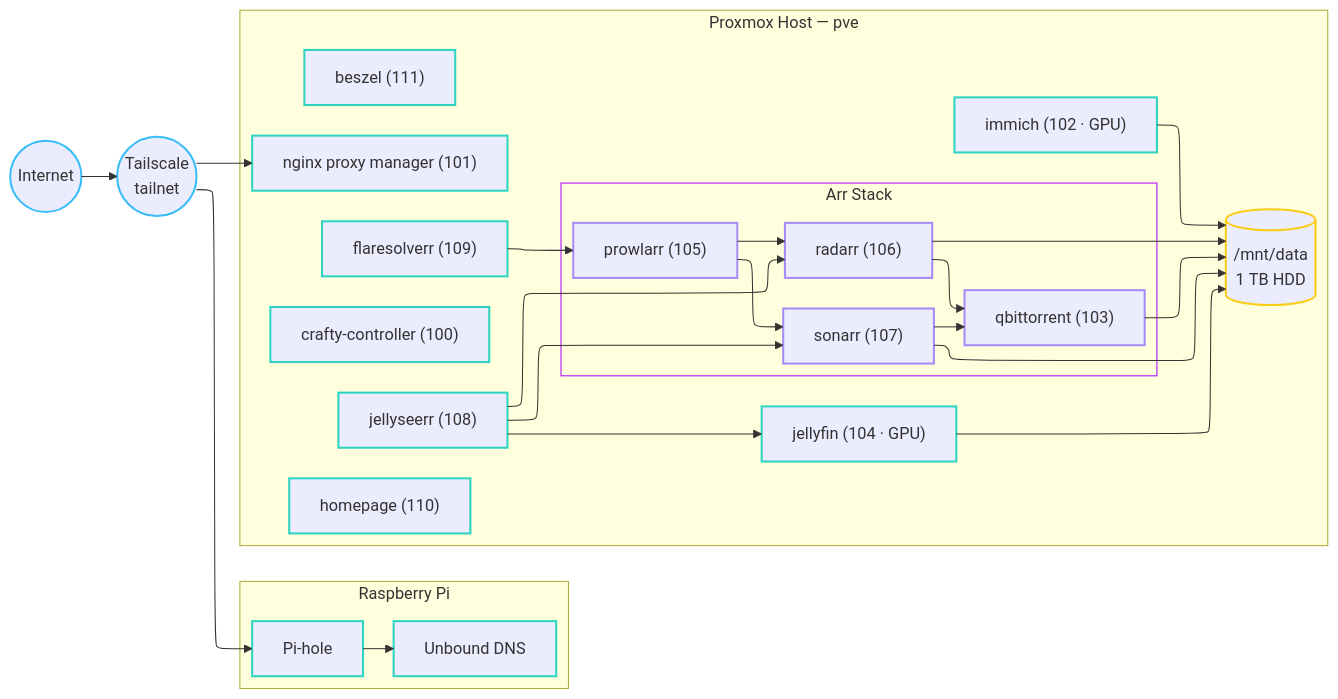
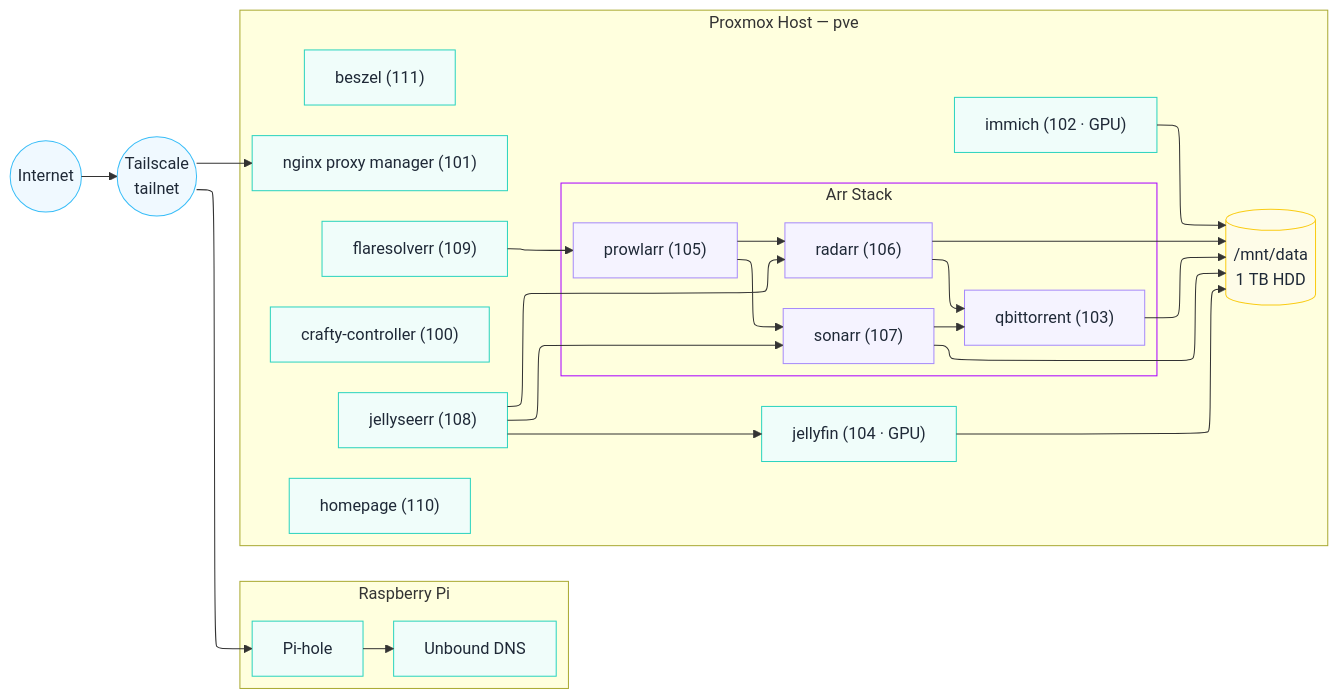
Before and after one commit to EthanFavis/Ethanet: the diagram in diagrams/network.mmd, drawn with Mermaid. The commit also changed 1 other file, not shown here.

```diff
--- a/diagrams/network.mmd
+++ b/diagrams/network.mmd
@@ -1,62 +1,62 @@
 ---
 config:
   layout: elk
 ---
 flowchart LR
  subgraph Pi["Raspberry Pi"]
         Pihole["Pi‑hole"]
         Unbound["Unbound DNS"]
   end
  subgraph ARR["Arr Stack"]
         Prowlarr["prowlarr (105)"]
         Radarr["radarr (106)"]
         Sonarr["sonarr (107)"]
         QB["qbittorrent (103)"]
   end
  subgraph PVE["Proxmox Host — pve"]
         Homepage["homepage (110)"]
         NPM["nginx proxy manager (101)"]
         Crafty["crafty‑controller (100)"]
         Beszel["beszel (111)"]
         Flare["flaresolverr (109)"]
         ARR
         Seerr["jellyseerr (108)"]
         Jellyfin["jellyfin (104 · GPU)"]
         Immich["immich (102 · GPU)"]
         Storage[("/mnt/data<br>1 TB HDD")]
   end
     Internet(("Internet")) --> Tailnet(("Tailscale<br>tailnet"))
     Pihole --> Unbound
     Prowlarr --> Radarr & Sonarr
     Radarr --> QB & Storage
     Sonarr --> QB & Storage
     Tailnet --> Pihole & NPM
     Flare --> Prowlarr
     Seerr --> Radarr & Sonarr & Jellyfin
     QB --> Storage
     Jellyfin --> Storage
     Immich --> Storage
 
      Internet:::network
      Tailnet:::network
      Pihole:::service
      Unbound:::service
      Homepage:::service
      NPM:::service
      Crafty:::service
      Beszel:::service
      Flare:::service
      Prowlarr:::media
      Radarr:::media
      Sonarr:::media
      QB:::media
      Seerr:::service
      Jellyfin:::service
      Immich:::service
      Storage:::storage
-    classDef infra stroke:#818cf8,stroke-width:2px
-    classDef service stroke:#2dd4bf,stroke-width:2px
-    classDef storage stroke:#facc15,stroke-width:2px
-    classDef network stroke:#38bdf8,stroke-width:2px
-    classDef media stroke:#a78bfa,stroke-width:2px
+    classDef infra stroke:#818cf8,fill:#eef2ff,color:#1f2937
+    classDef service stroke:#2dd4bf,fill:#f0fdfa,color:#1f2937
+    classDef storage stroke:#facc15,fill:#fefce8,color:#1f2937
+    classDef network stroke:#38bdf8,fill:#f0f9ff,color:#1f2937
+    classDef media stroke:#a78bfa,fill:#f5f3ff,color:#1f2937
     style ARR stroke:#AA00FF
```
